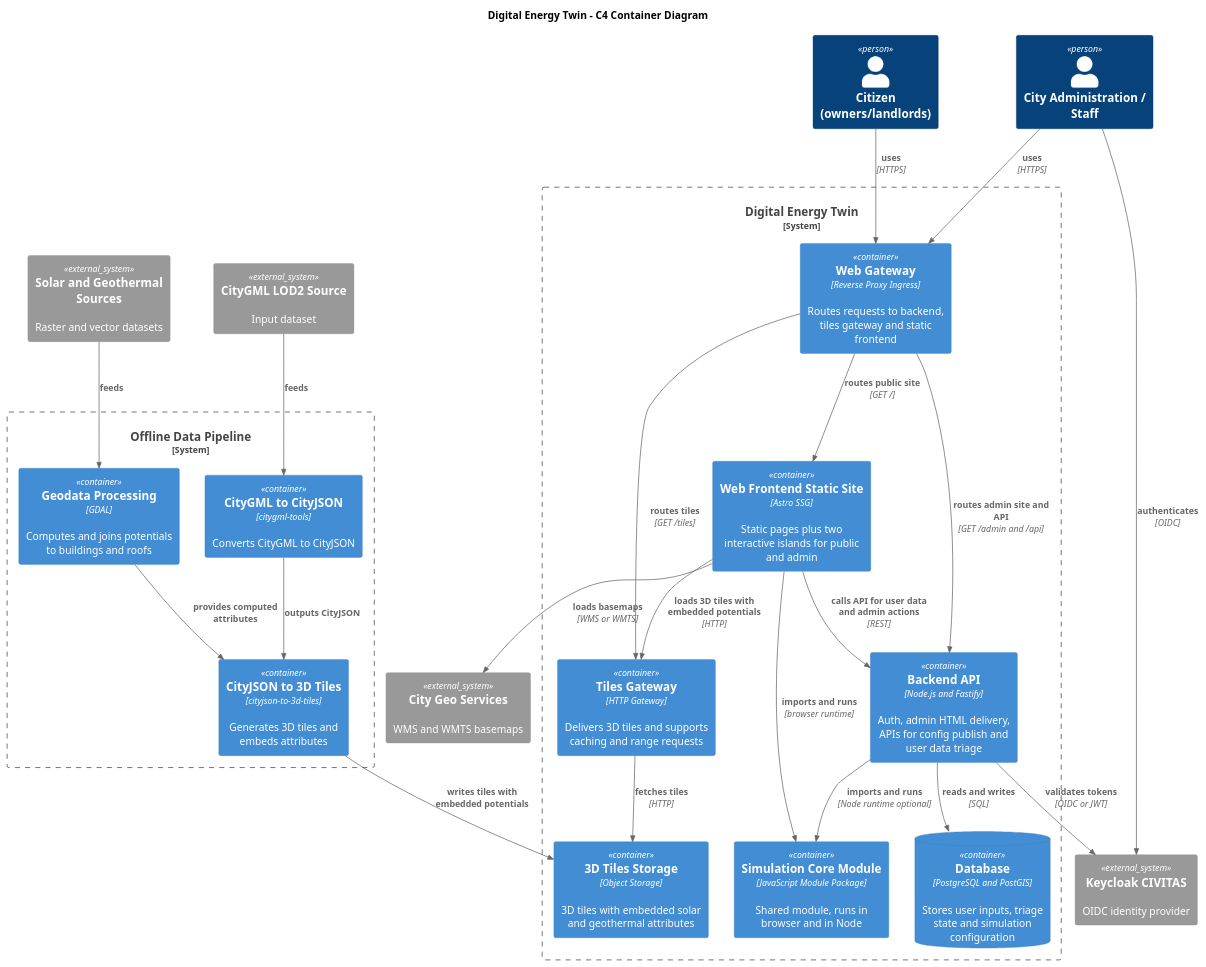
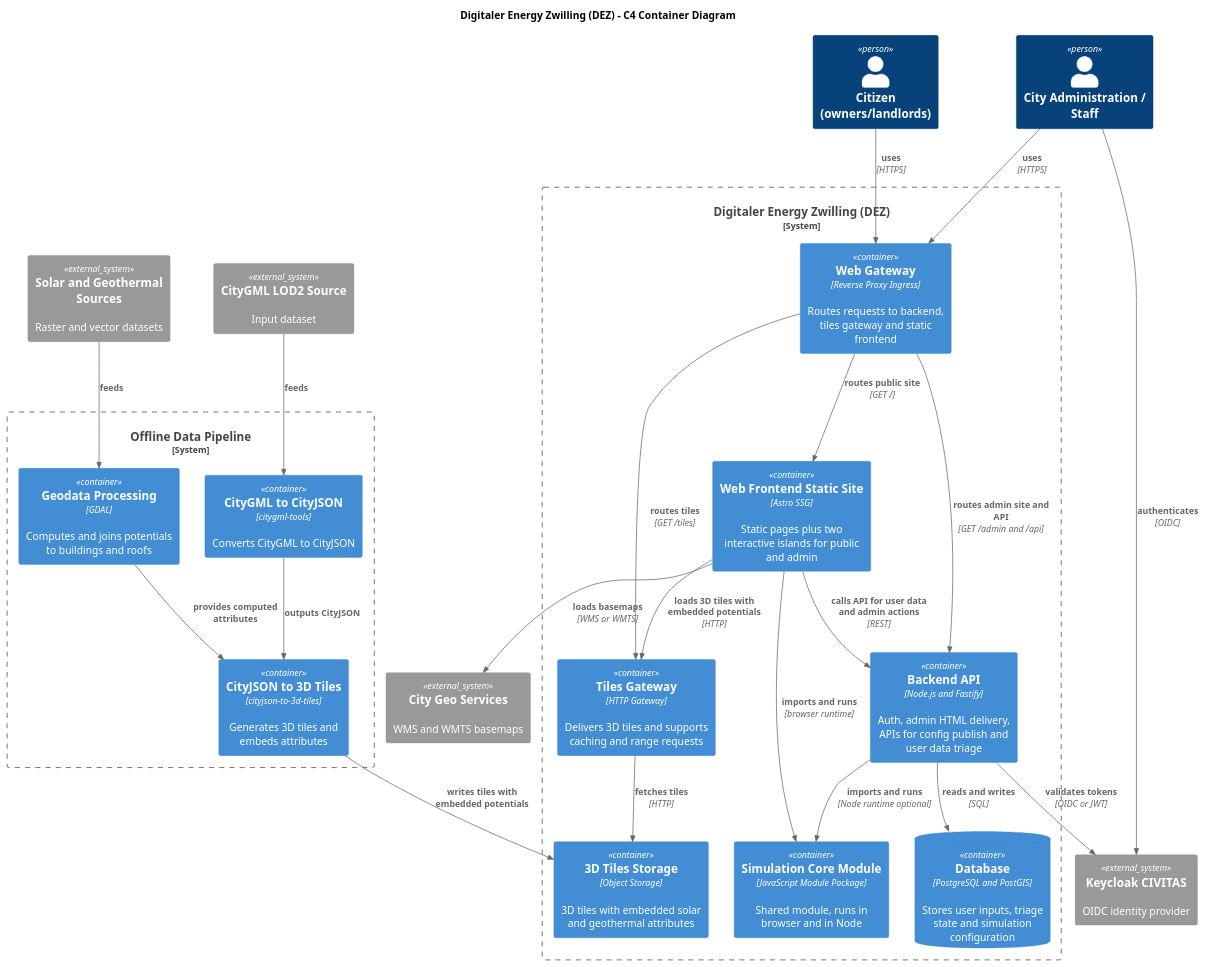
Before and after one commit to csi-FOXBYTE/Regensburg_DigitalerEnergieZwilling_Backend: the diagram in docs/architecture/raw/c4-container.puml, drawn with PlantUML. The commit also changed 19 other files, not shown here.

```diff
--- a/docs/architecture/raw/c4-container.puml
+++ b/docs/architecture/raw/c4-container.puml
@@ -1,63 +1,63 @@
 @startuml
 !includeurl https://raw.githubusercontent.com/plantuml-stdlib/C4-PlantUML/master/C4_Container.puml
 
-title Digital Energy Twin - C4 Container Diagram
+title Digitaler Energy Zwilling (DEZ) - C4 Container Diagram
 
 Person(citizen, "Citizen (owners/landlords)")
 Person(admin, "City Administration / Staff")
 
-System_Boundary(det, "Digital Energy Twin") {
+System_Boundary(det, "Digitaler Energy Zwilling (DEZ)") {
 
   Container(gateway, "Web Gateway", "Reverse Proxy Ingress", "Routes requests to backend, tiles gateway and static frontend")
 
   Container(frontend, "Web Frontend Static Site", "Astro SSG", "Static pages plus two interactive islands for public and admin")
 
   Container(backend, "Backend API", "Node.js and Fastify", "Auth, admin HTML delivery, APIs for config publish and user data triage")
 
   Container(simCore, "Simulation Core Module", "JavaScript Module Package", "Shared module, runs in browser and in Node")
 
   Container(tilesGw, "Tiles Gateway", "HTTP Gateway", "Delivers 3D tiles and supports caching and range requests")
   Container(tilesStore, "3D Tiles Storage", "Object Storage", "3D tiles with embedded solar and geothermal attributes")
 
   ContainerDb(db, "Database", "PostgreSQL and PostGIS", "Stores user inputs, triage state and simulation configuration")
 }
 
 System_Ext(idp, "Keycloak CIVITAS", "OIDC identity provider")
 System_Ext(geo, "City Geo Services", "WMS and WMTS basemaps")
 
 System_Ext(citygml, "CityGML LOD2 Source", "Input dataset")
 System_Ext(potentials, "Solar and Geothermal Sources", "Raster and vector datasets")
 
 System_Boundary(pipeline, "Offline Data Pipeline") {
   Container(citygmlTools, "CityGML to CityJSON", "citygml-tools", "Converts CityGML to CityJSON")
   Container(gdal, "Geodata Processing", "GDAL", "Computes and joins potentials to buildings and roofs")
   Container(tilesConv, "CityJSON to 3D Tiles", "cityjson-to-3d-tiles", "Generates 3D tiles and embeds attributes")
 }
 
 Rel(citizen, gateway, "uses", "HTTPS")
 Rel(admin, gateway, "uses", "HTTPS")
 
 Rel(gateway, frontend, "routes public site", "GET /")
 Rel(gateway, backend, "routes admin site and API", "GET /admin and /api")
 Rel(gateway, tilesGw, "routes tiles", "GET /tiles")
 
 Rel(admin, idp, "authenticates", "OIDC")
 Rel(backend, idp, "validates tokens", "OIDC or JWT")
 
 Rel(frontend, simCore, "imports and runs", "browser runtime")
 Rel(backend, simCore, "imports and runs", "Node runtime optional")
 
 Rel(frontend, geo, "loads basemaps", "WMS or WMTS")
 Rel(frontend, tilesGw, "loads 3D tiles with embedded potentials", "HTTP")
 Rel(tilesGw, tilesStore, "fetches tiles", "HTTP")
 
 Rel(backend, db, "reads and writes", "SQL")
 Rel(frontend, backend, "calls API for user data and admin actions", "REST")
 
 Rel(citygml, citygmlTools, "feeds")
 Rel(potentials, gdal, "feeds")
 Rel(citygmlTools, tilesConv, "outputs CityJSON")
 Rel(gdal, tilesConv, "provides computed attributes")
 Rel(tilesConv, tilesStore, "writes tiles with embedded potentials")
 
 @enduml
```
